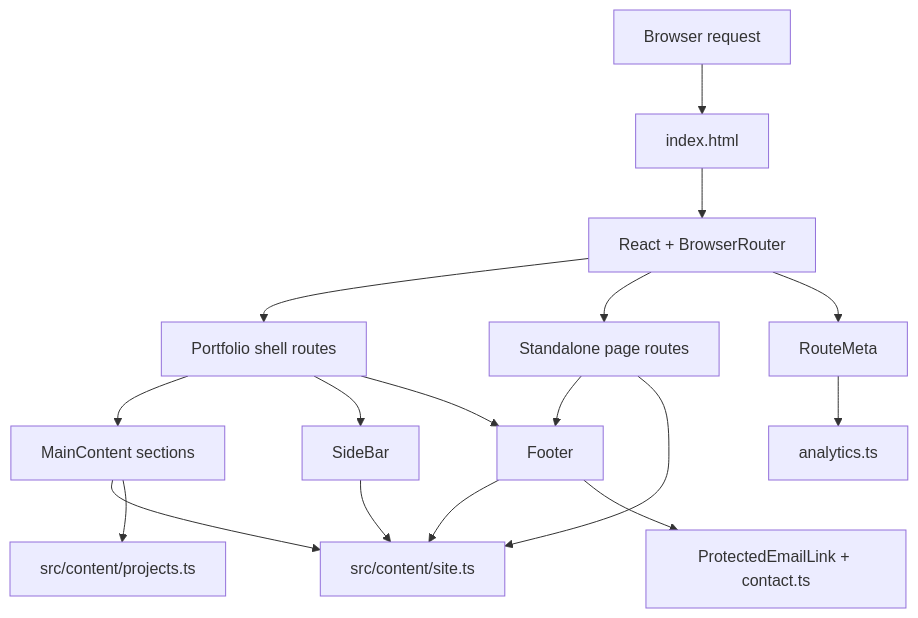
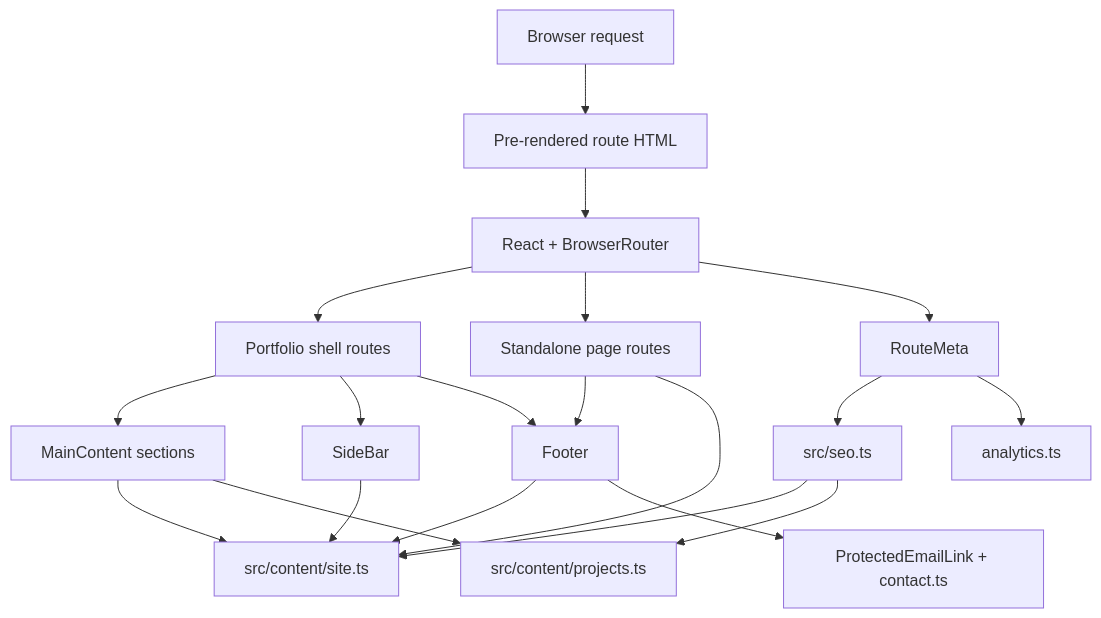
One commit to WenziLikes/Portfolio changed the diagram in docs/architecture.md. Above: the diagram before and after it, drawn with Mermaid. The commit also changed other lines of this file and 26 other files, not shown here.

````diff
--- a/docs/architecture.md
+++ b/docs/architecture.md
@@ -16,19 +17,22 @@
 ```mermaid
 flowchart TD
-    A["Browser request"] --> B["index.html"]
+    A["Browser request"] --> B["Pre-rendered route HTML"]
     B --> C["React + BrowserRouter"]
     C --> D["Portfolio shell routes"]
     C --> E["Standalone page routes"]
     D --> F["MainContent sections"]
     D --> G["SideBar"]
     D --> H["Footer"]
     E --> H
     C --> I["RouteMeta"]
     F --> J["src/content/site.ts"]
     F --> K["src/content/projects.ts"]
+    I --> N["src/seo.ts"]
+    N --> J
+    N --> K
     G --> J
     H --> J
     E --> J
     H --> L["ProtectedEmailLink + contact.ts"]
     I --> M["analytics.ts"]
 ```
````
